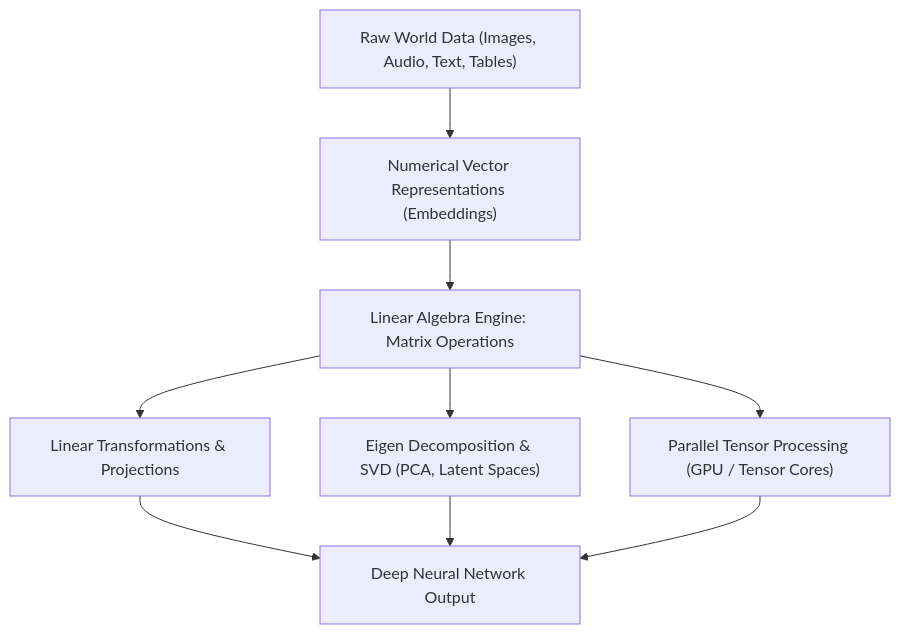
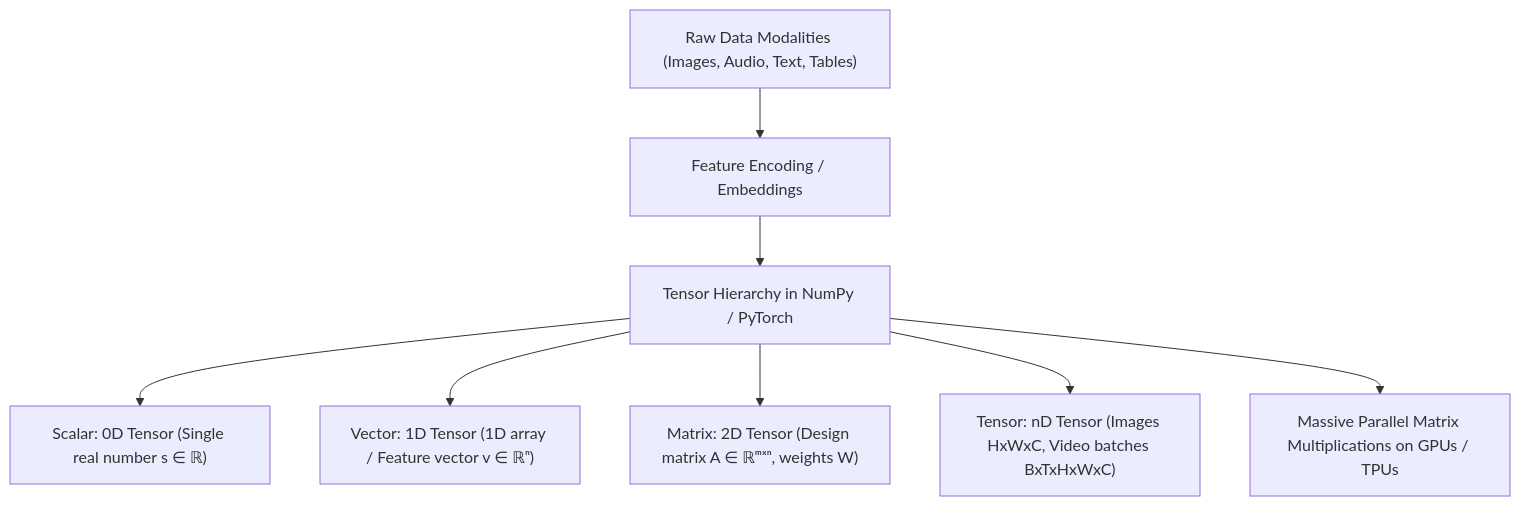
Before and after one commit to S1h2i3v4a/AI_ML: the diagram in lecture_21/Notes_21.01/README.md, drawn with Mermaid. The commit also changed other lines of this file and 203 other files, not shown here.

Commit message:
docs(lectures 19-21): align notes with video lectures, add blackboard diagrams, clean structured functions, and compile vector PDFs

````diff
--- a/lecture_21/Notes_21.01/README.md
+++ b/lecture_21/Notes_21.01/README.md
@@ -15,11 +10,12 @@
 ```mermaid
 flowchart TD
-    A["Raw World Data (Images, Audio, Text, Tables)"] --> B["Numerical Vector Representations (Embeddings)"]
-    B --> C["Linear Algebra Engine: Matrix Operations"]
-    C --> D["Linear Transformations & Projections"]
-    C --> E["Eigen Decomposition & SVD (PCA, Latent Spaces)"]
-    C --> F["Parallel Tensor Processing (GPU / Tensor Cores)"]
-    D --> G["Deep Neural Network Output"]
-    E --> G
-    F --> G
+    Data["Raw Data Modalities (Images, Audio, Text, Tables)"] --> Enc["Feature Encoding / Embeddings"]
+    Enc --> Tensors["Tensor Hierarchy in NumPy / PyTorch"]
+    
+    Tensors --> S0["Scalar: 0D Tensor (Single real number s ∈ ℝ)"]
+    Tensors --> S1["Vector: 1D Tensor (1D array / Feature vector v ∈ ℝⁿ)"]
+    Tensors --> S2["Matrix: 2D Tensor (Design matrix A ∈ ℝᵐˣⁿ, weights W)"]
+    Tensors --> S3["Tensor: nD Tensor (Images HxWxC, Video batches BxTxHxWxC)"]
+    
+    Tensors --> GPU["Massive Parallel Matrix Multiplications on GPUs / TPUs"]
 ```
````
